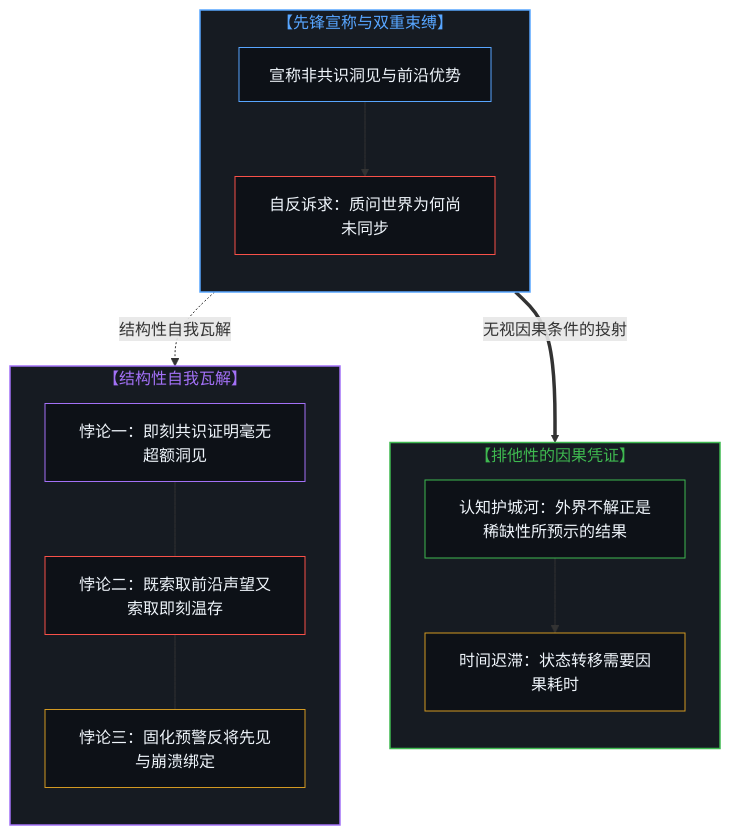
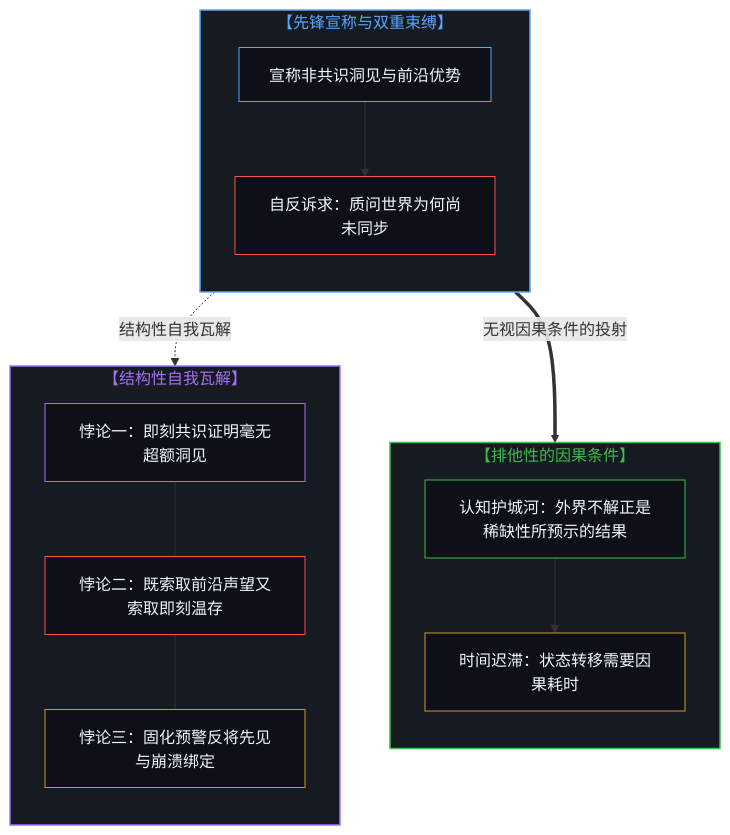
Before and after one commit to powerpig99/not-a-toe: the third of 4 diagrams in content/posts/the-reflexive-dilemma-of-unique-insight.md, drawn with Mermaid. The commit also changed other lines of this file and 1 other file, not shown here.

````diff
--- a/content/posts/the-reflexive-dilemma-of-unique-insight.md
+++ b/content/posts/the-reflexive-dilemma-of-unique-insight.md
@@ -89,34 +89,34 @@
 ```mermaid
 flowchart TD
   subgraph S_CLAIM["【先锋宣称与双重束缚】"]
     direction TB
     C_ALPHA["宣称非共识洞见与前沿优势"]
     C_DEMAND["自反诉求：质问世界为何尚未同步"]
     C_ALPHA --> C_DEMAND
   end
-  subgraph S_PROOF["【排他性的因果凭证】"]
+  subgraph S_PROOF["【排他性的因果条件】"]
     direction TB
     R_GAP["认知护城河：外界不解正是稀缺性所预示的结果"]
     R_TIME["时间迟滞：状态转移需要因果耗时"]
     R_GAP --> R_TIME
   end
   subgraph S_PARADOX["【结构性自我瓦解】"]
     direction TB
     X_COLLAPSE["悖论一：即刻共识证明毫无超额洞见"]
     X_ABSURD["悖论二：既索取前沿声望又索取即刻温存"]
     X_PROPHET["悖论三：固化预警反将先见与崩溃绑定"]
     X_COLLAPSE --- X_ABSURD --- X_PROPHET
   end
   C_DEMAND ==>|"无视因果条件的投射"| R_TIME
   C_DEMAND -.->|"结构性自我瓦解"| S_PARADOX
   style S_CLAIM fill:#161b22,stroke:#58a6ff,stroke-width:1.5px,color:#58a6ff
   style S_PROOF fill:#161b22,stroke:#3fb950,stroke-width:1.5px,color:#3fb950
   style S_PARADOX fill:#161b22,stroke:#a371f7,stroke-width:1.5px,color:#a371f7
   style C_ALPHA fill:#0d1117,stroke:#58a6ff,stroke-width:1px,color:#f0f6fc
   style C_DEMAND fill:#0d1117,stroke:#f85149,stroke-width:1px,color:#f0f6fc
   style R_GAP fill:#0d1117,stroke:#3fb950,stroke-width:1px,color:#f0f6fc
   style R_TIME fill:#0d1117,stroke:#d29922,stroke-width:1px,color:#f0f6fc
   style X_COLLAPSE fill:#0d1117,stroke:#a371f7,stroke-width:1px,color:#f0f6fc
   style X_ABSURD fill:#0d1117,stroke:#f85149,stroke-width:1px,color:#f0f6fc
   style X_PROPHET fill:#0d1117,stroke:#d29922,stroke-width:1px,color:#f0f6fc
 ```
````
